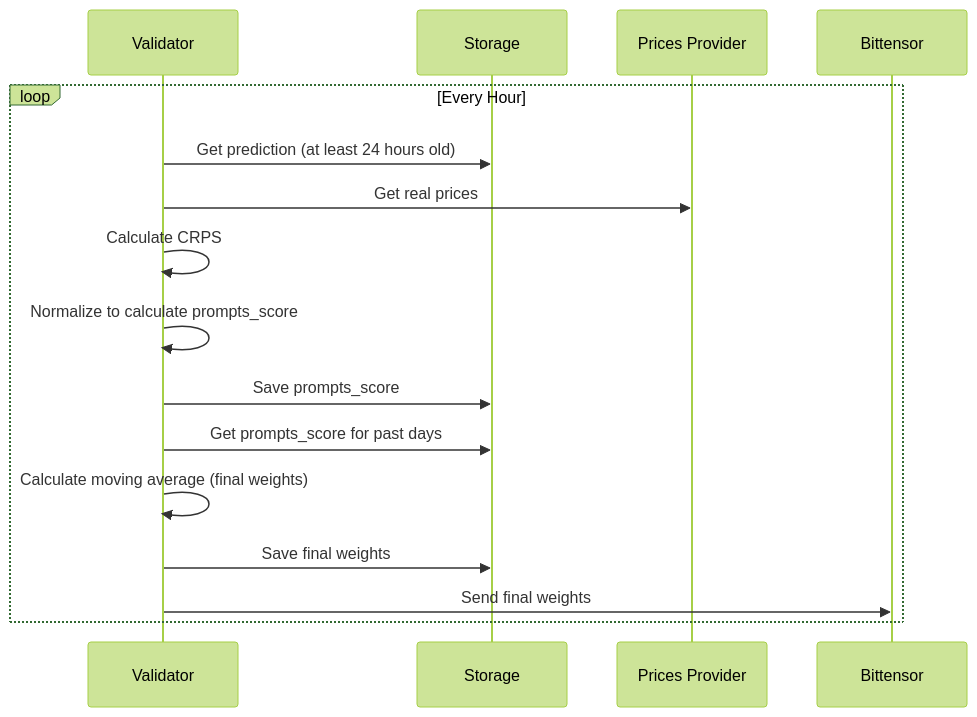
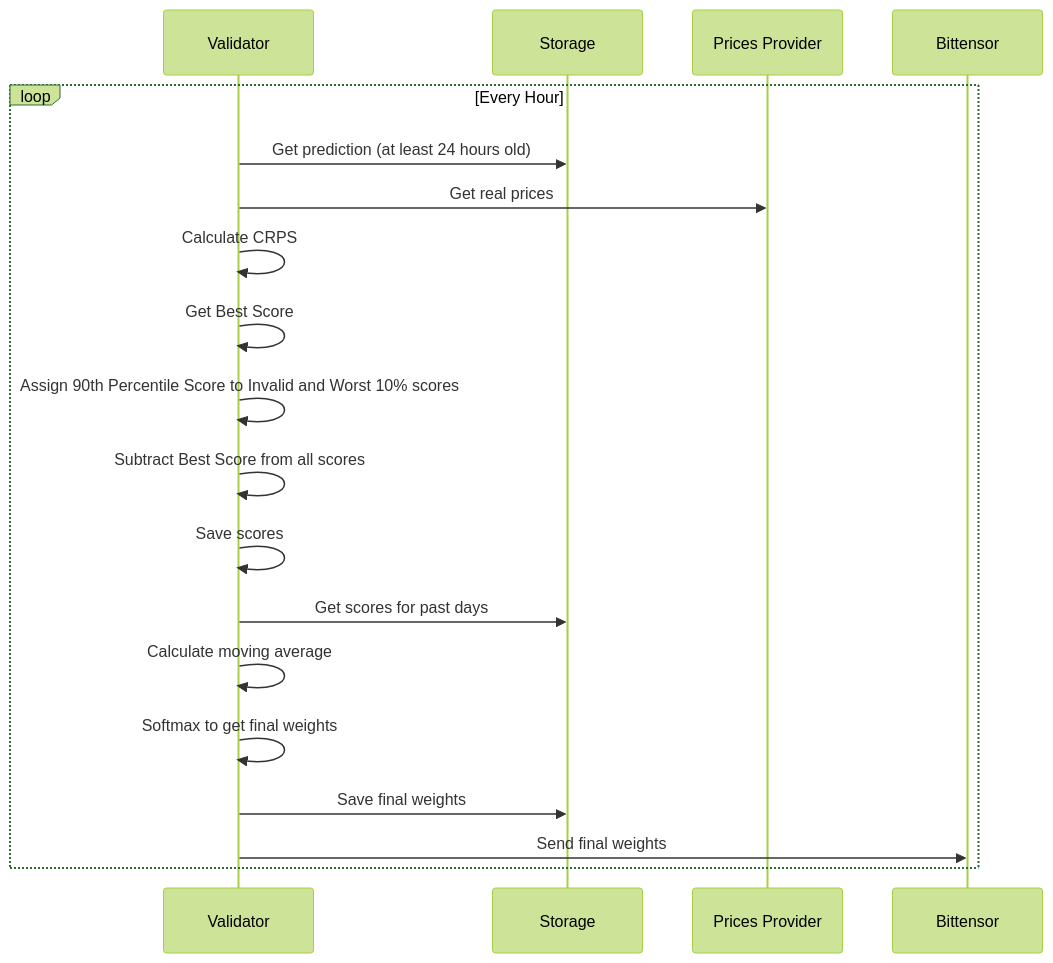
The second of 2 diagrams in README.md (mode-network/synth-subnet), drawn with Mermaid (forest theme) before and after one commit. The commit also changed other lines of this file, not shown here.

````diff
--- a/README.md
+++ b/README.md
@@ -171,19 +171,22 @@
 ```mermaid
 sequenceDiagram
     loop Every Hour
         participant Validator
         participant Storage
         participant PricesProvider as Prices Provider
         participant Bittensor
     
         Validator->>Storage: Get prediction (at least 24 hours old)
         Validator->>PricesProvider: Get real prices
         Validator->>Validator: Calculate CRPS
-        Validator->>Validator: Normalize to calculate prompts_score
-        Validator->>Storage: Save prompts_score
-        Validator->>Storage: Get prompts_score for past days
-        Validator->>Validator: Calculate moving average (final weights)
+        Validator->>Validator: Get Best Score
+        Validator->>Validator: Assign 90th Percentile Score to Invalid and Worst 10% scores
+        Validator->>Validator: Subtract Best Score from all scores
+        Validator->>Validator: Save scores
+        Validator->>Storage: Get scores for past days
+        Validator->>Validator: Calculate moving average
+        Validator->>Validator: Softmax to get final weights
         Validator->>Storage: Save final weights
         Validator->>Bittensor: Send final weights
     end
 ```
````
